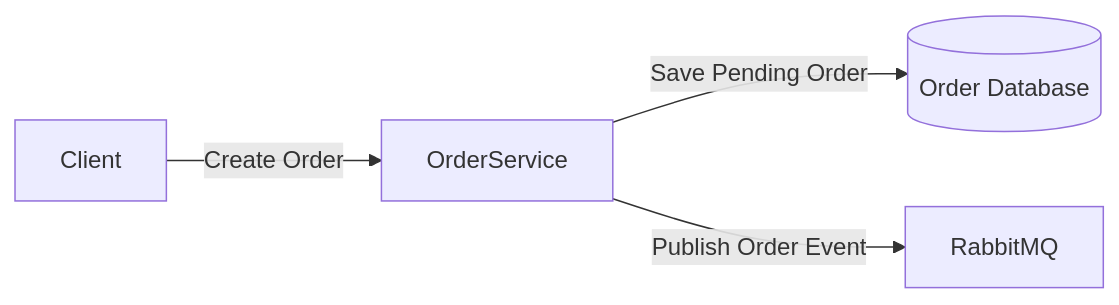
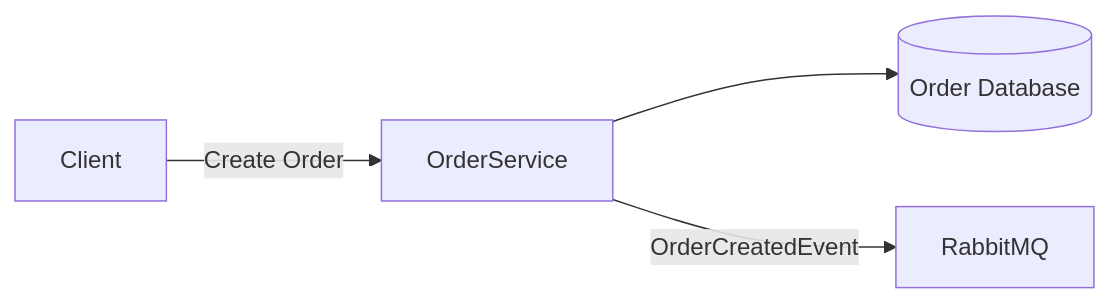
The first of 3 diagrams in README.md (BrandonGatewood/distributedOrderProcessingSystem), drawn with Mermaid before and after one commit. The commit also changed other lines of this file, not shown here.

````diff
--- a/README.md
+++ b/README.md
@@ -26,6 +26,6 @@
 ```mermaid
 flowchart LR
     Client -->|Create Order| OrderService
-    OrderService -->|Save Pending Order| DB[(Order Database)]
-    OrderService -->|Publish Order Event| RabbitMQ
+    OrderService --> DB[(Order Database)]
+    OrderService -->|OrderCreatedEvent| RabbitMQ
 ```
````
